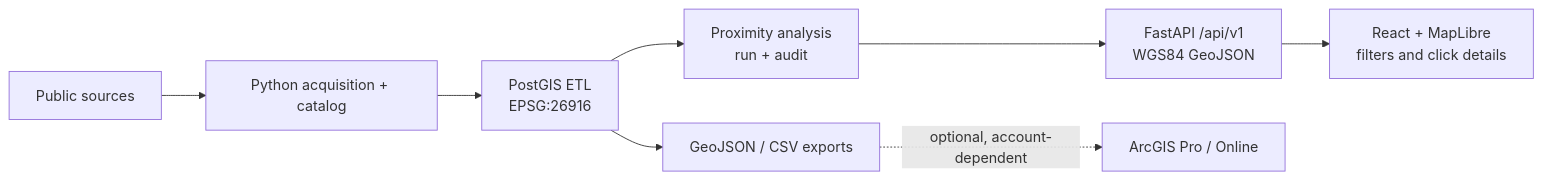
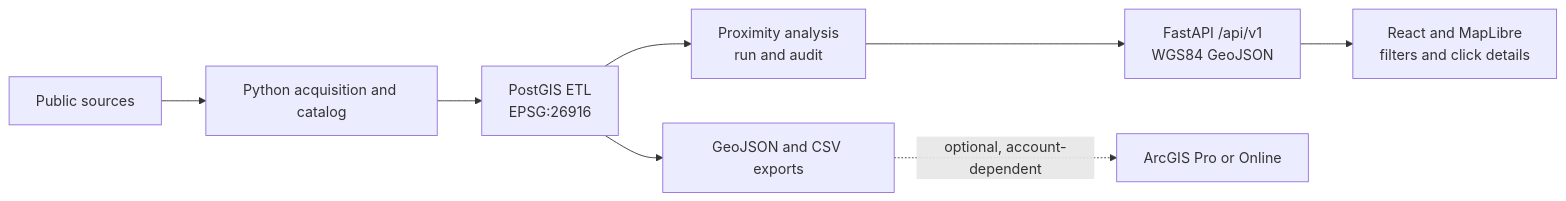
Before and after one commit to fetachino/indy-geospatial-accessibility-platform: the diagram in README.md, drawn with Mermaid.

Commit message:
docs: fix GitHub Mermaid architecture diagram

````diff
--- a/README.md
+++ b/README.md
@@ -61,10 +61,10 @@
 ```mermaid
 flowchart LR
-  A[Public sources] --> B[Python acquisition + catalog]
-  B --> C[PostGIS ETL\nEPSG:26916]
-  C --> D[Proximity analysis\nrun + audit]
-  D --> E[FastAPI /api/v1\nWGS84 GeoJSON]
-  E --> F[React + MapLibre\nfilters and click details]
-  C --> G[GeoJSON / CSV exports]
-  G -. optional, account-dependent .-> H[ArcGIS Pro / Online]
+  A["Public sources"] --> B["Python acquisition and catalog"]
+  B --> C["PostGIS ETL<br/>EPSG:26916"]
+  C --> D["Proximity analysis<br/>run and audit"]
+  D --> E["FastAPI /api/v1<br/>WGS84 GeoJSON"]
+  E --> F["React and MapLibre<br/>filters and click details"]
+  C --> G["GeoJSON and CSV exports"]
+  G -. "optional, account-dependent" .-> H["ArcGIS Pro or Online"]
 ```
````
